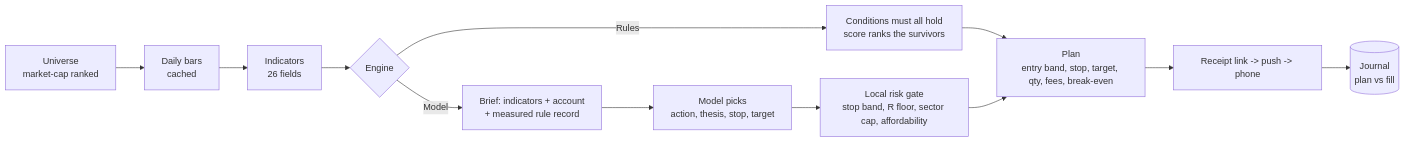
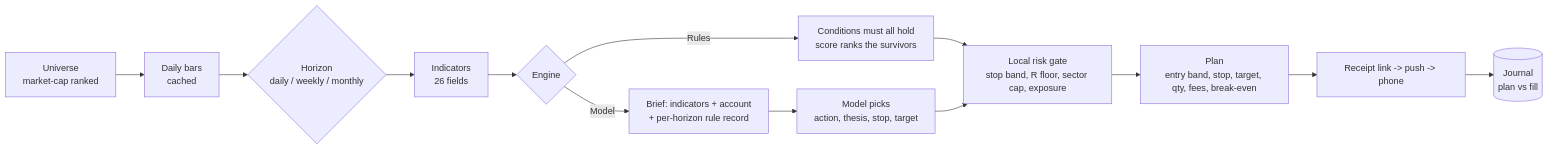
One commit to jukkakakaka/kestrel changed the diagram in README.md. Above: the diagram before and after it, drawn with Mermaid. The commit also changed other lines of this file and 4 other files, not shown here.

First line of the commit message:
docs: horizons, per-horizon verdicts and the numbers they produced

````diff
--- a/README.md
+++ b/README.md
@@ -137,14 +141,15 @@
 ```mermaid
 flowchart LR
     A[Universe<br/>market-cap ranked] --> B[Daily bars<br/>cached]
-    B --> C[Indicators<br/>26 fields]
-    C --> D{Engine}
-    D -->|Rules| E[Conditions must all hold<br/>score ranks the survivors]
-    D -->|Model| F[Brief: indicators + account<br/>+ measured rule record]
-    F --> G[Model picks<br/>action, thesis, stop, target]
-    G --> H[Local risk gate<br/>stop band, R floor, sector cap, affordability]
-    E --> I[Plan<br/>entry band, stop, target, qty, fees, break-even]
+    B --> C{Horizon<br/>daily / weekly / monthly}
+    C --> D[Indicators<br/>26 fields]
+    D --> E{Engine}
+    E -->|Rules| F[Conditions must all hold<br/>score ranks the survivors]
+    E -->|Model| G[Brief: indicators + account<br/>+ per-horizon rule record]
+    G --> H[Model picks<br/>action, thesis, stop, target]
+    F --> I[Local risk gate<br/>stop band, R floor, sector cap, exposure]
     H --> I
-    I --> J[Receipt link -> push -> phone]
-    J --> K[(Journal<br/>plan vs fill)]
+    I --> J[Plan<br/>entry band, stop, target, qty, fees, break-even]
+    J --> K[Receipt link -> push -> phone]
+    K --> L[(Journal<br/>plan vs fill)]
 ```
````
